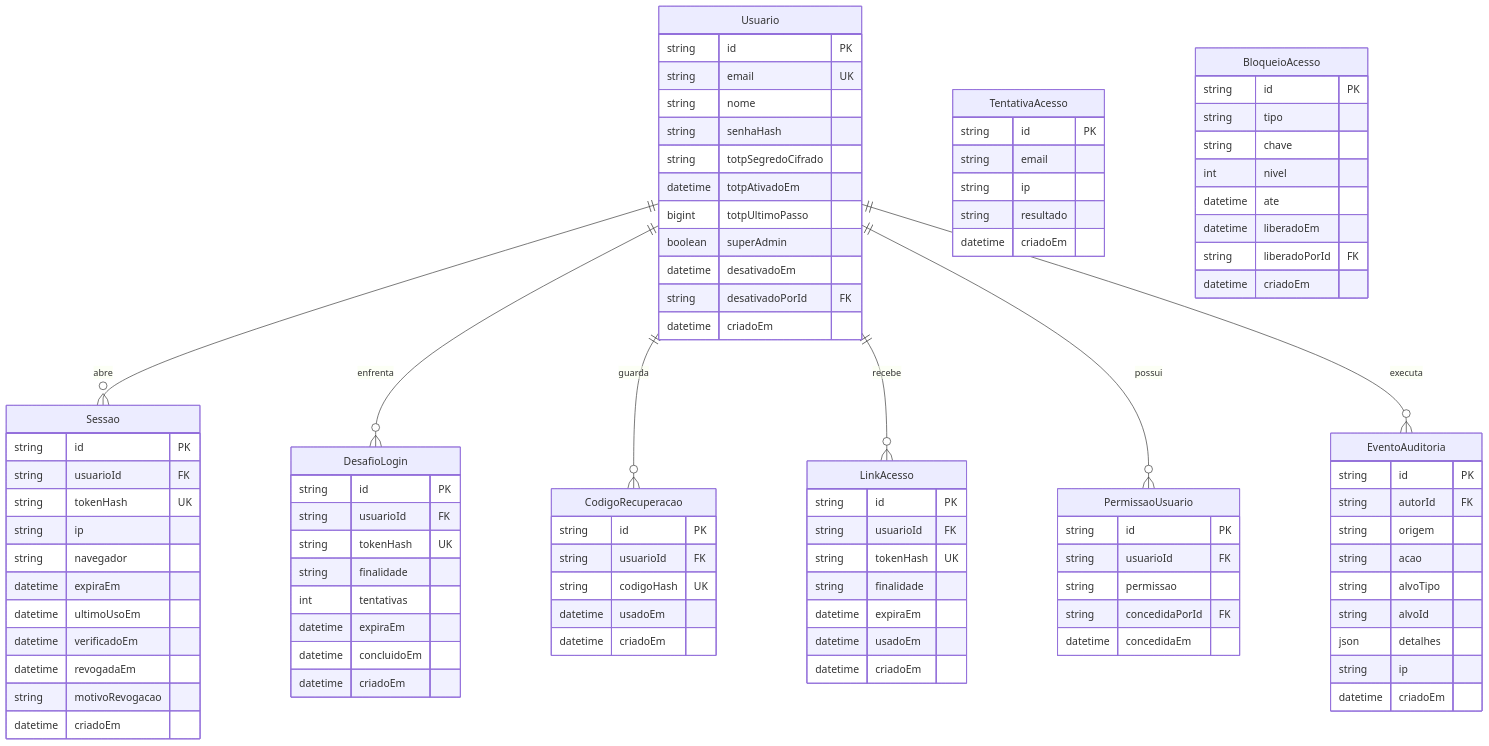
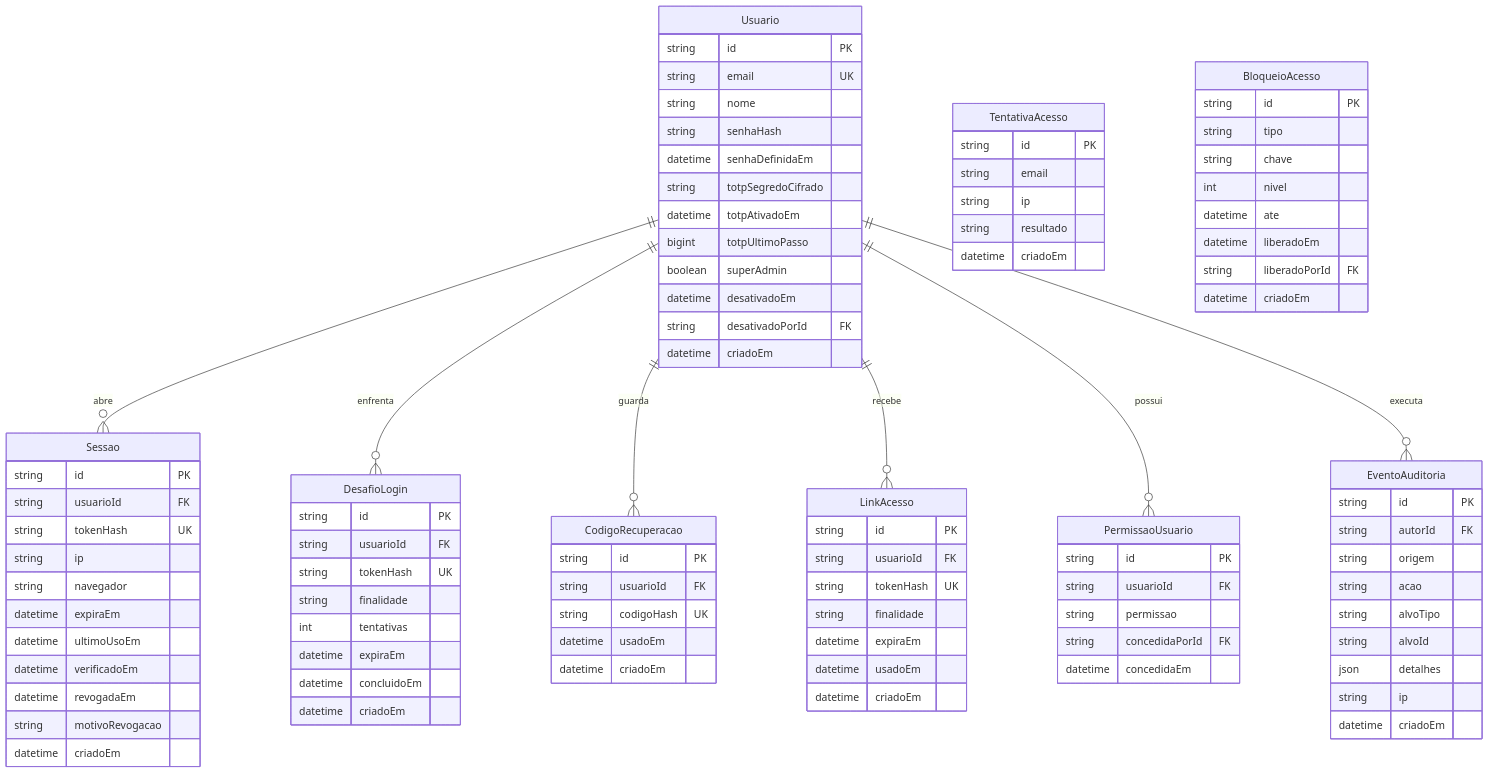
Before and after one commit to Nicolas-CustomCode/postit: the first of 3 diagrams in docs/07-modelo-dados.md, drawn with Mermaid. The commit also changed other lines of this file and 31 other files, not shown here.

```diff
--- a/docs/07-modelo-dados.md
+++ b/docs/07-modelo-dados.md
@@ -29,6 +29,7 @@
         string email UK
         string nome
         string senhaHash
+        datetime senhaDefinidaEm
         string totpSegredoCifrado
         datetime totpAtivadoEm
         bigint totpUltimoPasso
```
